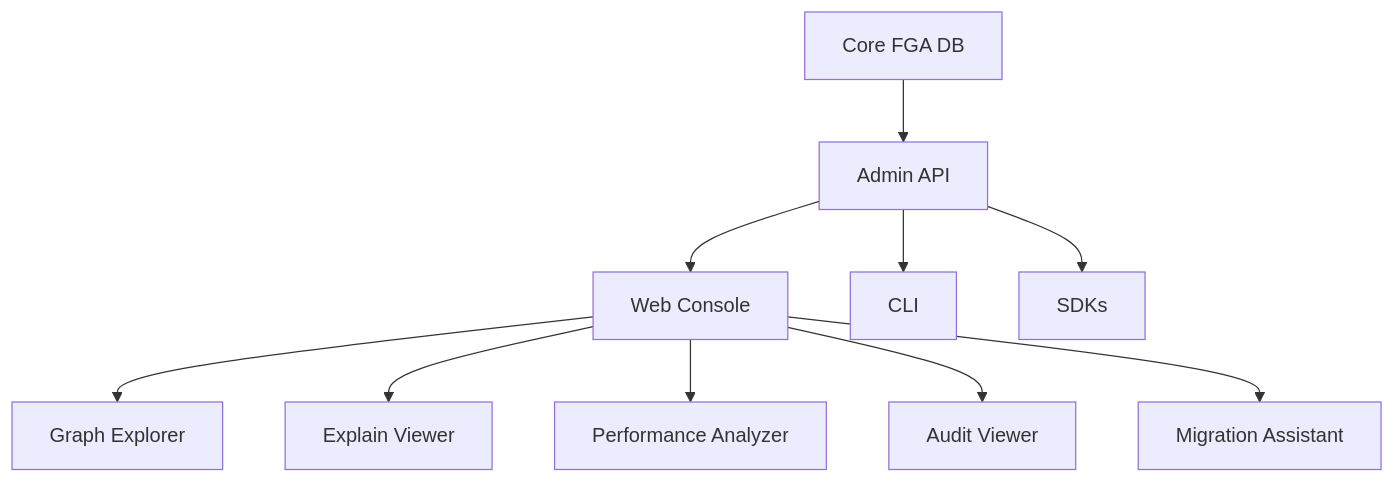
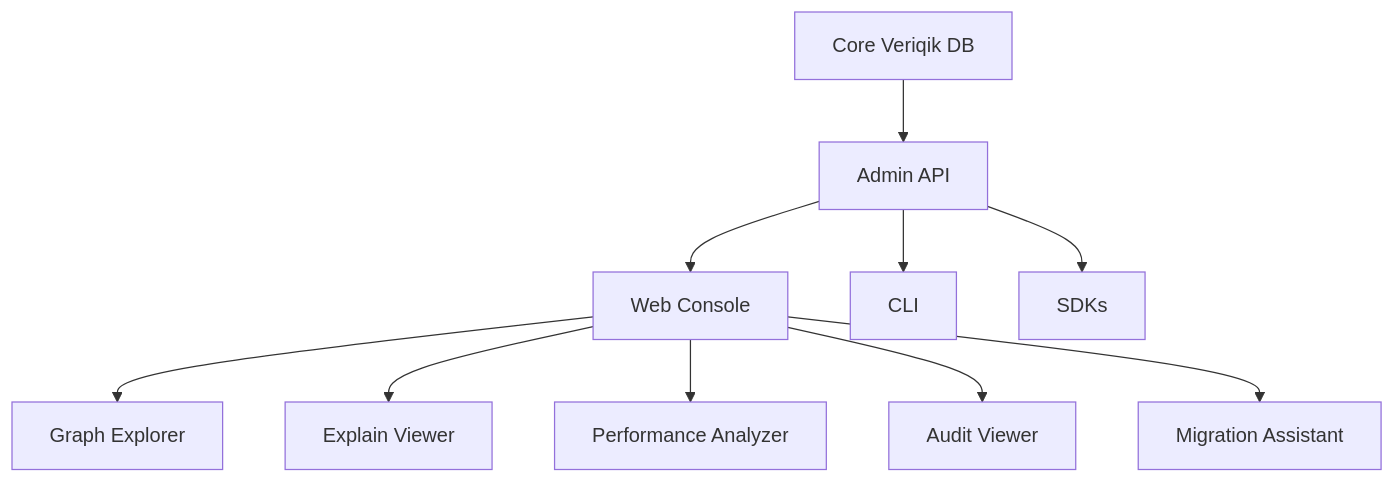
Before and after one commit to maneki-technology/veriqik: diagram 15 of 16 in docs/plans/High_Level_Roadmap.md, drawn with Mermaid. The commit also changed 5 other files, not shown here.

````diff
--- a/docs/plans/High_Level_Roadmap.md
+++ b/docs/plans/High_Level_Roadmap.md
@@ -637,14 +637,14 @@
 ```mermaid
 flowchart TD
-    Core[Core FGA DB] --> AdminAPI[Admin API]
+    Core[Core Veriqik DB] --> AdminAPI[Admin API]
 
     AdminAPI --> UI[Web Console]
     AdminAPI --> CLI[CLI]
     AdminAPI --> SDKs[SDKs]
 
     UI --> Graph[Graph Explorer]
     UI --> Explain[Explain Viewer]
     UI --> Perf[Performance Analyzer]
     UI --> Audit[Audit Viewer]
     UI --> Migration[Migration Assistant]
 ```
````
